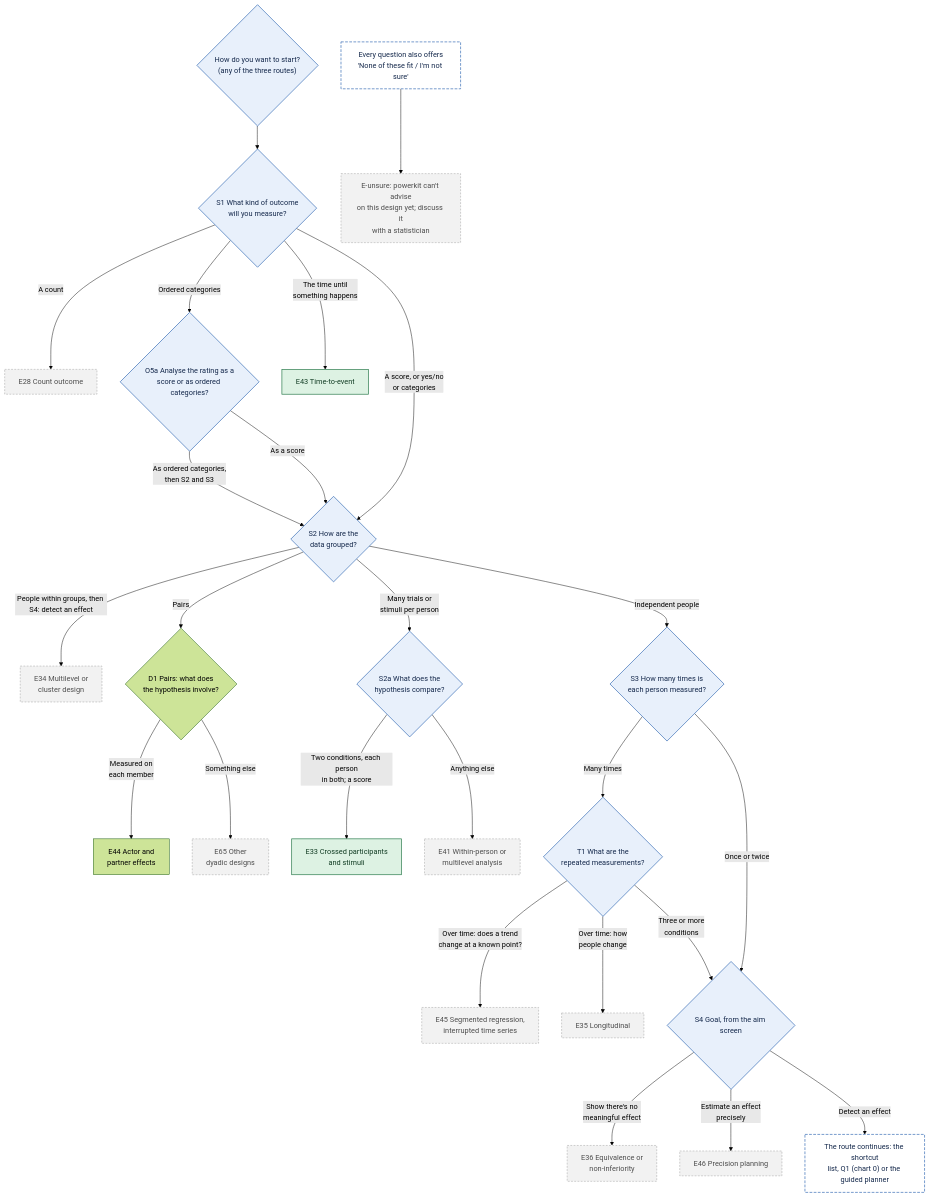
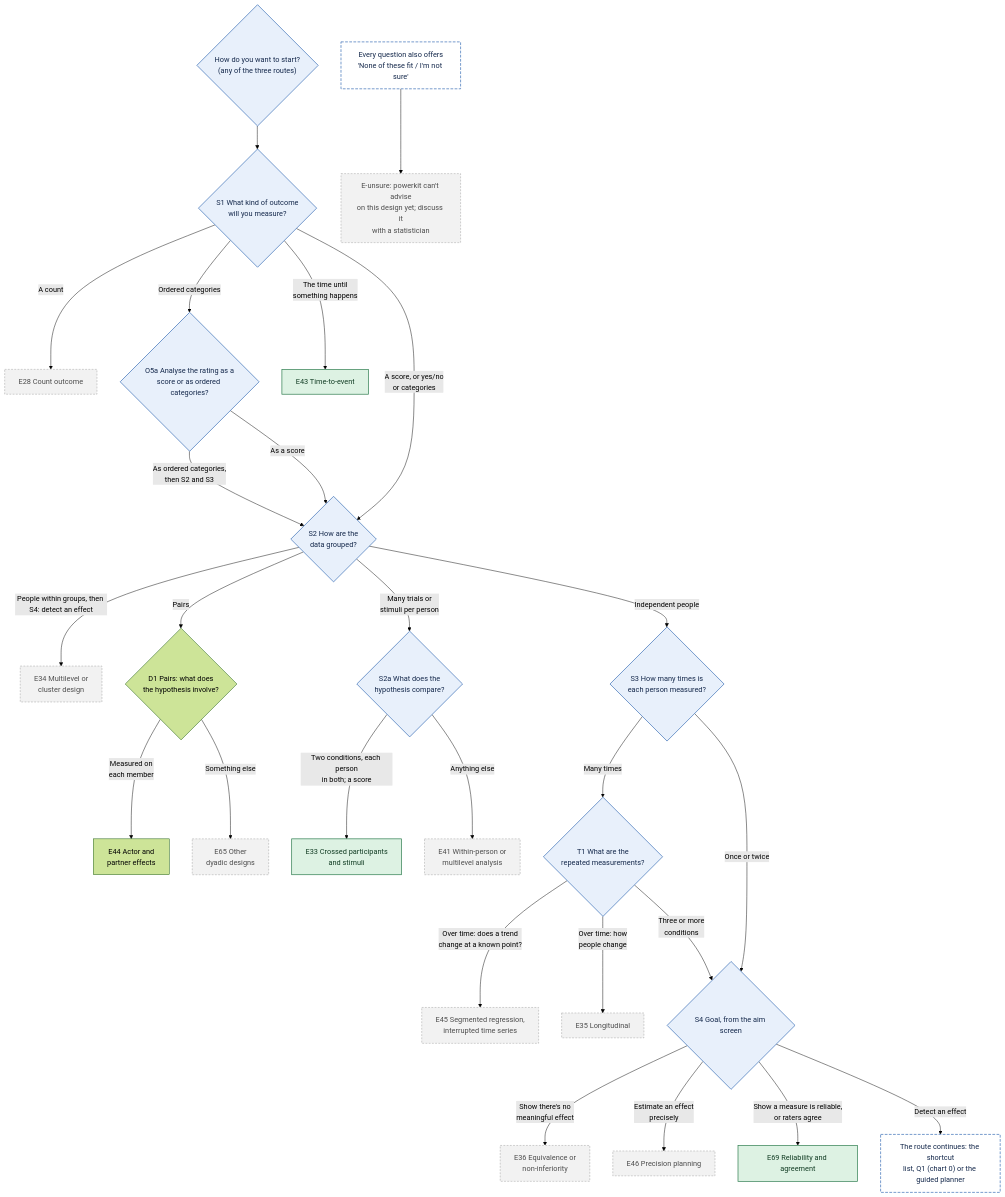
Before and after one commit to JoelThornton/Powerkit: the first of 11 diagrams in docs/decision-tree.md, drawn with Mermaid (forest theme). The commit also changed other lines of this file and 34 other files, not shown here.

First line of the commit message:
Reliability and agreement: tests of the ICC, Cronbach's alpha and kappa (#261)

````diff
--- a/docs/decision-tree.md
+++ b/docs/decision-tree.md
@@ -239,36 +239,37 @@
 ```mermaid
 flowchart TD
   S0{"How do you want to start?<br/>(any of the three routes)"} --> S1{"S1 What kind of outcome<br/>will you measure?"}
   S1 -->|A count| E28["E28 Count outcome"]
   S1 -->|Ordered categories| O5a{"O5a Analyse the rating as a<br/>score or as ordered categories?"}
   O5a -->|As ordered categories,<br/>then S2 and S3| S2
   O5a -->|As a score| S2
   S1 -->|The time until<br/>something happens| E43["E43 Time-to-event"]
   S1 -->|A score, or yes/no<br/>or categories| S2{"S2 How are the<br/>data grouped?"}
   S2 -->|People within groups, then S4: detect an effect| E34["E34 Multilevel or<br/>cluster design"]
   S2 -->|Pairs| D1{"D1 Pairs: what does<br/>the hypothesis involve?"}
   D1 -->|Measured on<br/>each member| E44["E44 Actor and<br/>partner effects"]
   D1 -->|Something else| E65["E65 Other<br/>dyadic designs"]
   S2 -->|Many trials or<br/>stimuli per person| S2A{"S2a What does the<br/>hypothesis compare?"}
   S2A -->|Two conditions, each person<br/>in both; a score| E33["E33 Crossed participants<br/>and stimuli"]
   S2A -->|Anything else| E41["E41 Within-person or<br/>multilevel analysis"]
   S2 -->|Independent people| S3{"S3 How many times is<br/>each person measured?"}
   S3 -->|Many times| T1{"T1 What are the<br/>repeated measurements?"}
   T1 -->|Over time: does a trend<br/>change at a known point?| E45["E45 Segmented regression,<br/>interrupted time series"]
   T1 -->|Over time: how<br/>people change| E35["E35 Longitudinal"]
   T1 -->|Three or more<br/>conditions| S4
   S3 -->|Once or twice| S4{"S4 Goal, from the aim screen"}
   S4 -->|Show there's no<br/>meaningful effect| E36["E36 Equivalence or<br/>non-inferiority"]
   S4 -->|Estimate an effect<br/>precisely| E46["E46 Precision planning"]
+  S4 -->|Show a measure is reliable,<br/>or raters agree| E69["E69 Reliability and agreement"]
   S4 -->|Detect an effect| R["The route continues: the shortcut<br/>list, Q1 (chart 0) or the guided planner"]
   ANY["Every question also offers<br/>'None of these fit / I'm not sure'"] --> EU["E-unsure: powerkit can't advise<br/>on this design yet; discuss it<br/>with a statistician"]
   class S0,S1,O5a,S2,S2A,S3,T1,S4 q
   class E28,E34,E65,E45,E35,E36,E46,E41,EU later
-  class E33,E43 avail
+  class E33,E43,E69 avail
   class R,ANY jump
   classDef q fill:#E8F0FB,stroke:#3B6FB6,color:#14284B,stroke-width:1.5px
   classDef avail fill:#DDF2E3,stroke:#2E7D4F,color:#123D24,stroke-width:1.5px
   classDef spec fill:#FFF0D1,stroke:#B97A00,color:#4A3200,stroke-width:1.5px
   classDef later fill:#F2F2F2,stroke:#9A9A9A,color:#4D4D4D,stroke-width:1px,stroke-dasharray:4 3
   classDef jump fill:#FFFFFF,stroke:#3B6FB6,color:#14284B,stroke-width:1.5px,stroke-dasharray:6 3
 ```
````
